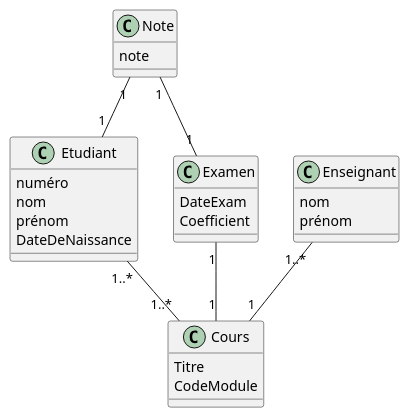
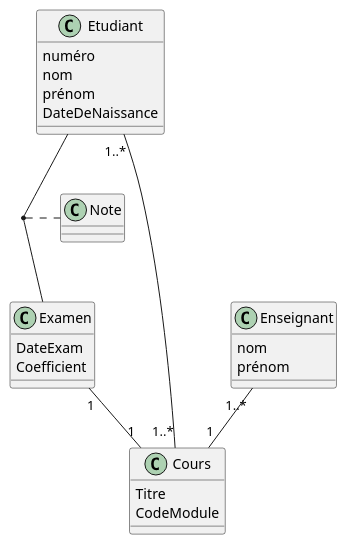
One commit to IUT-Blagnac/bcoo-AMXBen changed the diagram in DiagrammeClasseExamen.plantuml. Above: the diagram before and after it, drawn with PlantUML.

Commit message:
Fix #1.2.1 Classe Examen
Modif de la classe Note en classe d'association

```diff
--- a/DiagrammeClasseExamen.plantuml
+++ b/DiagrammeClasseExamen.plantuml
@@ -1,36 +1,33 @@
 @startuml ClassExam
 
 class Etudiant{
     numéro
     nom
     prénom
     DateDeNaissance
 }
 
 class Cours{
     Titre
     CodeModule
 }
 
 class Examen{
     DateExam
     Coefficient
 }
 
 class Enseignant{
     nom
     prénom
 }
 
-class Note{
-    note
-}
+(Etudiant, Examen) .. Note
+
 
 Etudiant "1..*" -- "1..*" Cours
 Enseignant "1..*" -- "1" Cours
 Examen "1" -- "1" Cours
-Note "1" -- "1" Etudiant
-Note "1" -- "1" Examen
 
 
 @enduml
```
